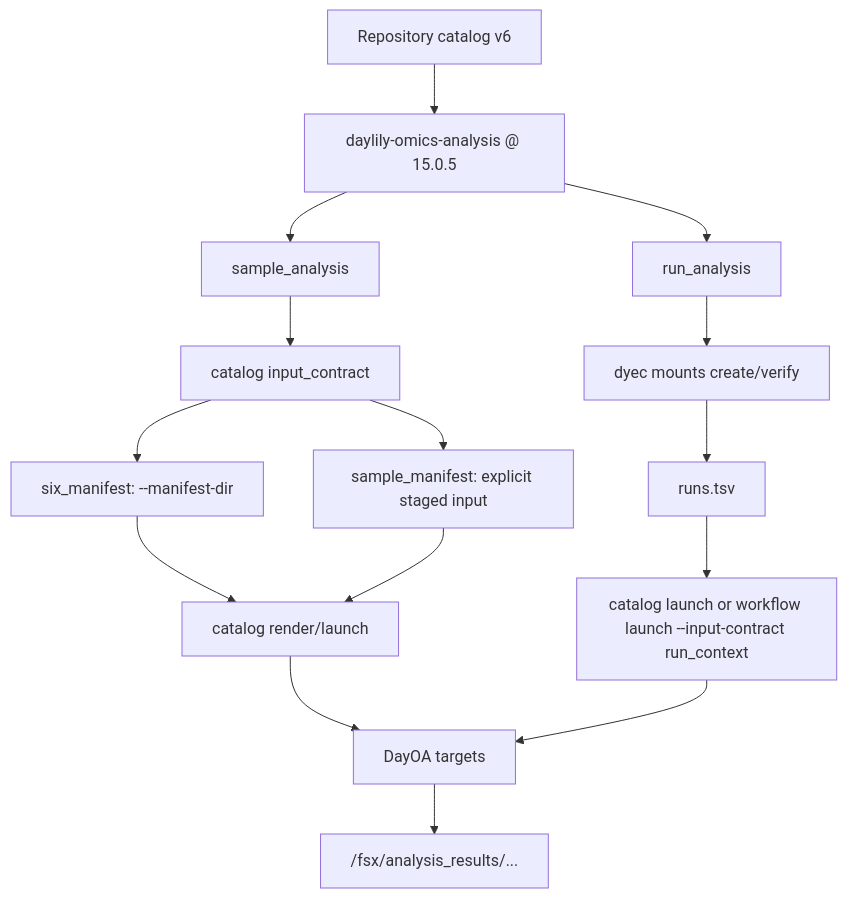
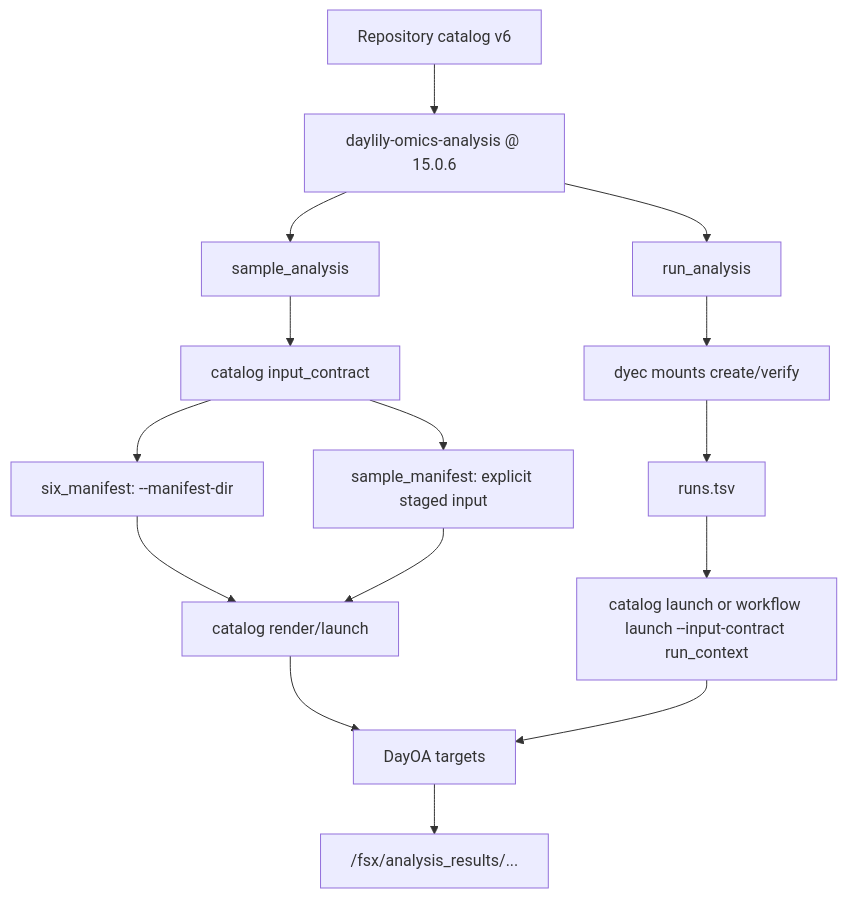
The third of 3 diagrams in docs/dra_fsx_strategy.md (Daylily-Informatics/daylily-ephemeral-cluster), drawn with Mermaid before and after one commit. The commit also changed other lines of this file and 24 other files, not shown here.

````diff
--- a/docs/dra_fsx_strategy.md
+++ b/docs/dra_fsx_strategy.md
@@ -110,20 +110,20 @@
 ```mermaid
 flowchart TB
-  Catalog["Repository catalog v6"] --> Repo["daylily-omics-analysis @ 15.0.5"]
+  Catalog["Repository catalog v6"] --> Repo["daylily-omics-analysis @ 15.0.6"]
   Repo --> Sample["sample_analysis"]
   Repo --> Run["run_analysis"]
 
   Sample --> Contract["catalog input_contract"]
   Contract --> Six["six_manifest: --manifest-dir"]
   Contract --> Legacy["sample_manifest: explicit staged input"]
   Six --> LaunchA["catalog render/launch"]
   Legacy --> LaunchA
 
   Run --> Mount["dyec mounts create/verify"]
   Mount --> Runs["runs.tsv"]
   Runs --> LaunchB["catalog launch or workflow launch --input-contract run_context"]
 
   LaunchA --> DayOA["DayOA targets"]
   LaunchB --> DayOA
   DayOA --> Results["/fsx/analysis_results/..."]
 ```
````
